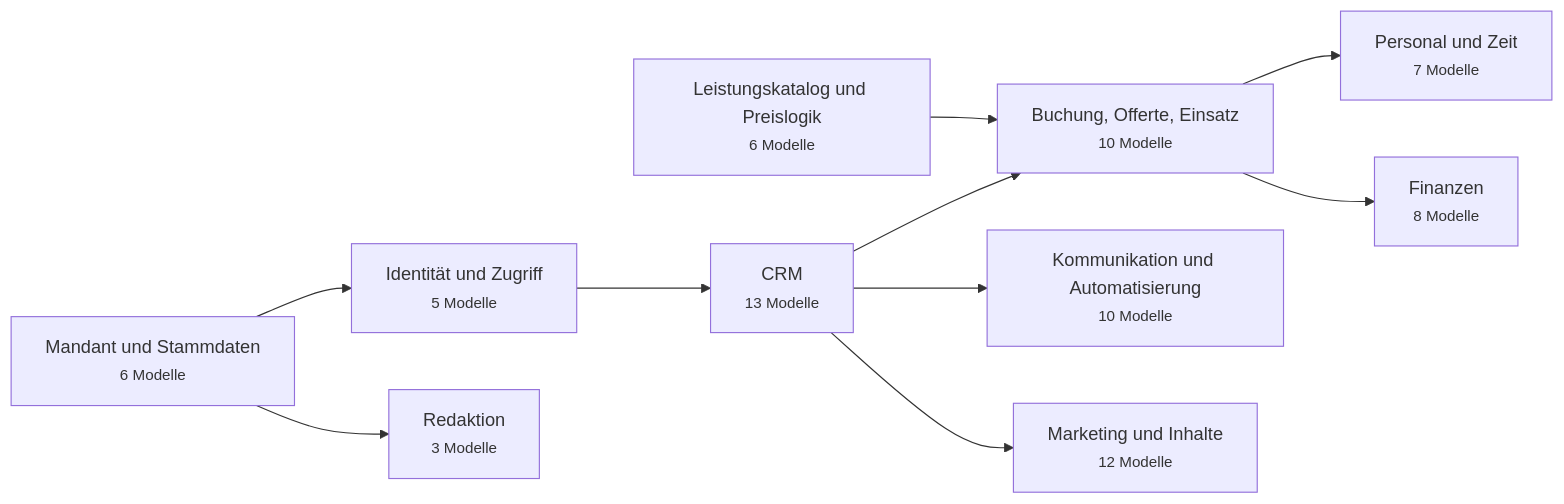
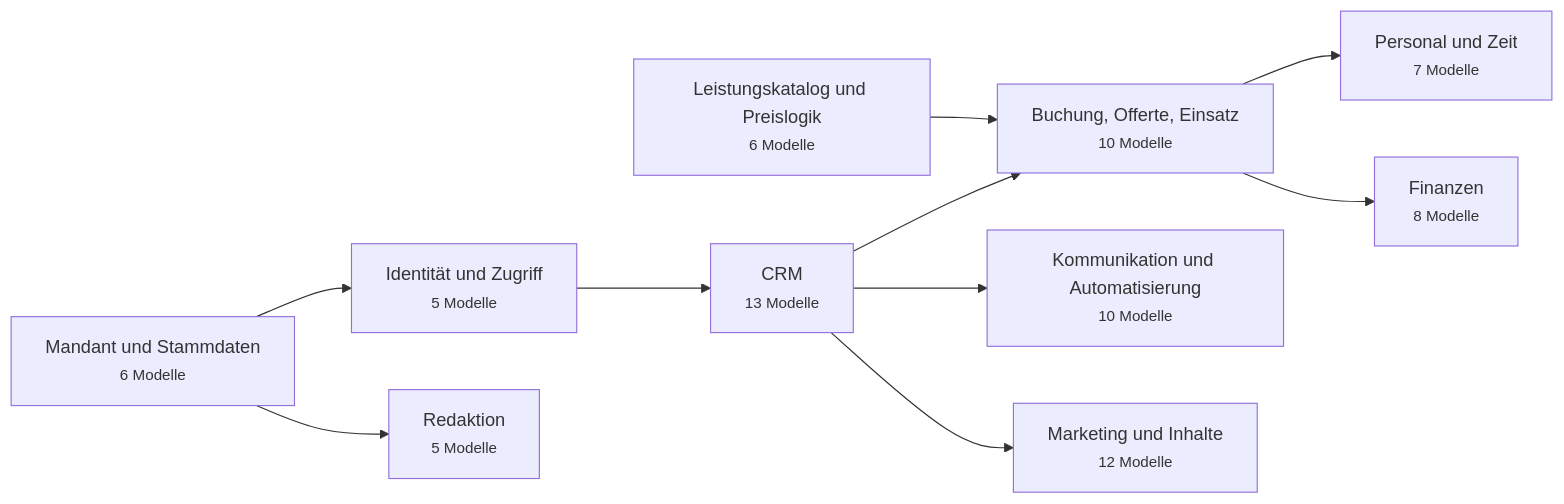
One commit to javadqasemi/Clenaris changed the first of 11 diagrams in docs/DATABASE.md. Above: the diagram before and after it, drawn with Mermaid. The commit also changed other lines of this file and 46 other files, not shown here.

````diff
--- a/docs/DATABASE.md
+++ b/docs/DATABASE.md
@@ -36,22 +36,22 @@
 ```mermaid
 flowchart LR
   stammdaten["Mandant und Stammdaten<br/><small>6 Modelle</small>"]
   identitaet["Identität und Zugriff<br/><small>5 Modelle</small>"]
   crm["CRM<br/><small>13 Modelle</small>"]
   katalog["Leistungskatalog und Preislogik<br/><small>6 Modelle</small>"]
   auftrag["Buchung, Offerte, Einsatz<br/><small>10 Modelle</small>"]
   personal["Personal und Zeit<br/><small>7 Modelle</small>"]
   finanzen["Finanzen<br/><small>8 Modelle</small>"]
   kommunikation["Kommunikation und Automatisierung<br/><small>10 Modelle</small>"]
   marketing["Marketing und Inhalte<br/><small>12 Modelle</small>"]
-  redaktion["Redaktion<br/><small>3 Modelle</small>"]
+  redaktion["Redaktion<br/><small>5 Modelle</small>"]
   stammdaten --> identitaet
   identitaet --> crm
   crm --> auftrag
   katalog --> auftrag
   auftrag --> personal
   auftrag --> finanzen
   crm --> kommunikation
   crm --> marketing
   stammdaten --> redaktion
 ```
````
